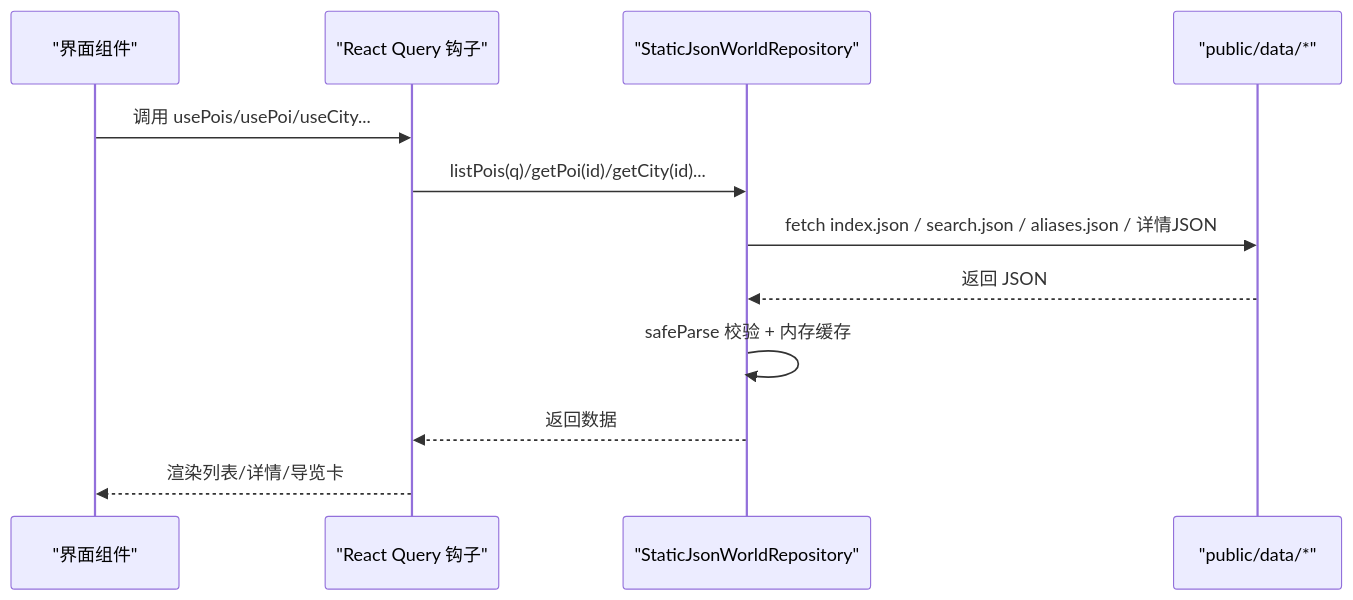
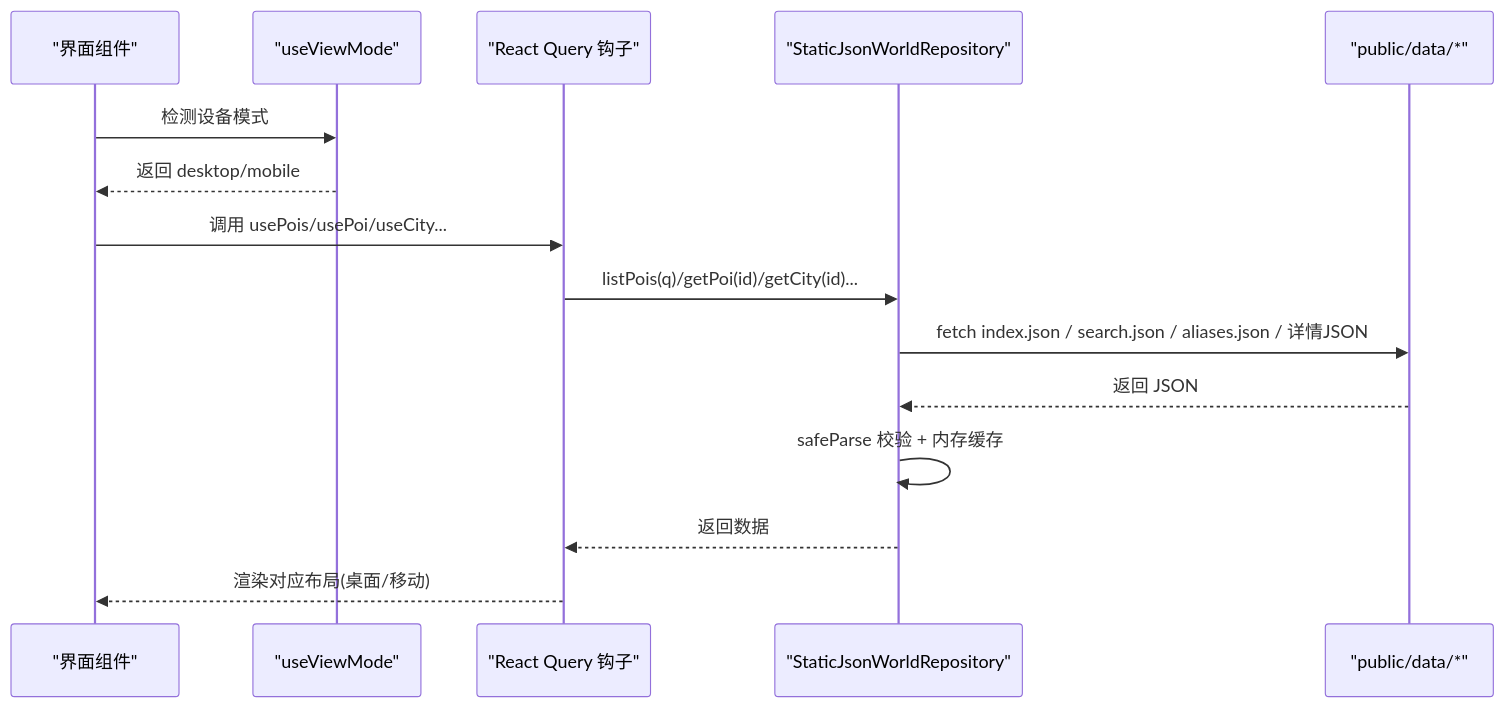
Before and after one commit to huangyilu/wanwuyishi: the second of 7 diagrams in .qoder/repowiki/zh/content/核心功能模块/世界库浏览模块/世界库浏览模块.md, drawn with Mermaid. The commit also changed other lines of this file and 103 other files, not shown here.

````diff
--- a/.qoder/repowiki/zh/content/核心功能模块/世界库浏览模块/世界库浏览模块.md
+++ b/.qoder/repowiki/zh/content/核心功能模块/世界库浏览模块/世界库浏览模块.md
@@ -130,14 +152,17 @@
 ```mermaid
 sequenceDiagram
 participant UI as "界面组件"
+participant VM as "useViewMode"
 participant Q as "React Query 钩子"
 participant R as "StaticJsonWorldRepository"
 participant FS as "public/data/*"
+UI->>VM : 检测设备模式
+VM-->>UI : 返回 desktop/mobile
 UI->>Q : 调用 usePois/usePoi/useCity...
 Q->>R : listPois(q)/getPoi(id)/getCity(id)...
 R->>FS : fetch index.json / search.json / aliases.json / 详情JSON
 FS-->>R : 返回 JSON
 R->>R : safeParse 校验 + 内存缓存
 R-->>Q : 返回数据
-Q-->>UI : 渲染列表/详情/导览卡
+Q-->>UI : 渲染对应布局(桌面/移动)
 ```
````
